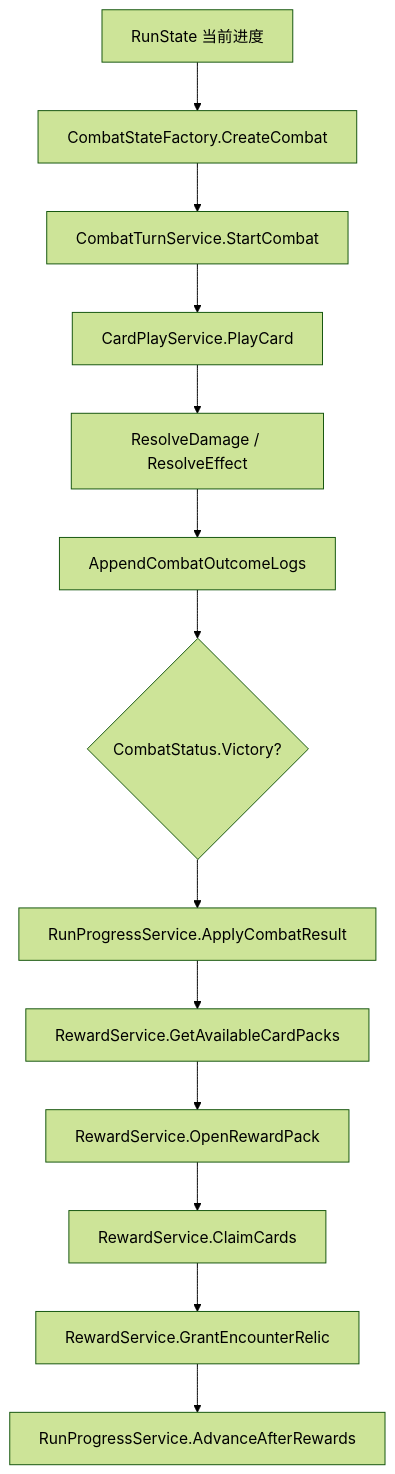
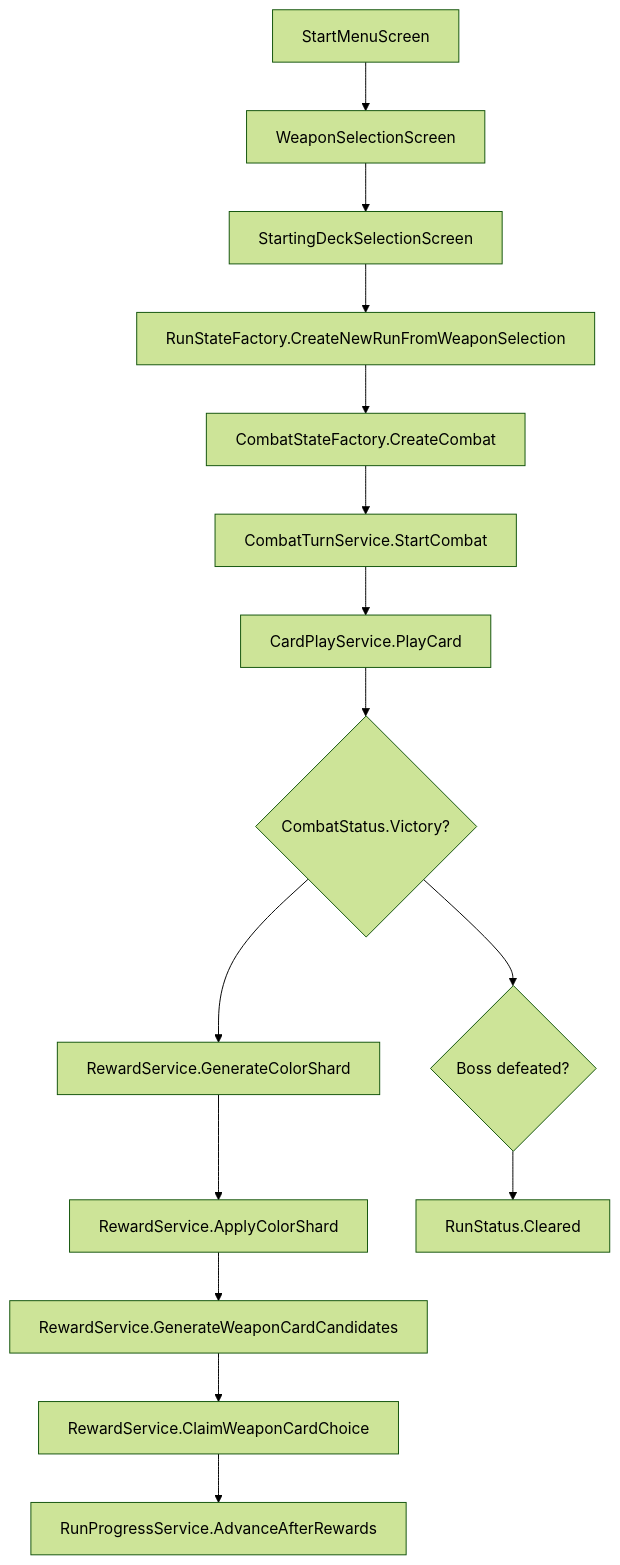
The diagram in game/README.md (MetalLee/RoguelikeCardGame), drawn with Mermaid (forest theme) before and after one commit. The commit also changed other lines of this file and 67 other files, not shown here.

````diff
--- a/game/README.md
+++ b/game/README.md
@@ -39,15 +21,17 @@
 ```mermaid
 flowchart TD
-  A["RunState 当前进度"] --> B["CombatStateFactory.CreateCombat"]
-  B --> C["CombatTurnService.StartCombat"]
-  C --> D["CardPlayService.PlayCard"]
-  D --> E["ResolveDamage / ResolveEffect"]
-  E --> F["AppendCombatOutcomeLogs"]
-  F --> G{"CombatStatus.Victory?"}
-  G --> H["RunProgressService.ApplyCombatResult"]
-  H --> I["RewardService.GetAvailableCardPacks"]
-  I --> J["RewardService.OpenRewardPack"]
-  J --> K["RewardService.ClaimCards"]
-  K --> L["RewardService.GrantEncounterRelic"]
+  A["StartMenuScreen"] --> B["WeaponSelectionScreen"]
+  B --> C["StartingDeckSelectionScreen"]
+  C --> D["RunStateFactory.CreateNewRunFromWeaponSelection"]
+  D --> E["CombatStateFactory.CreateCombat"]
+  E --> F["CombatTurnService.StartCombat"]
+  F --> G["CardPlayService.PlayCard"]
+  G --> H{"CombatStatus.Victory?"}
+  H --> I["RewardService.GenerateColorShard"]
+  I --> J["RewardService.ApplyColorShard"]
+  J --> K["RewardService.GenerateWeaponCardCandidates"]
+  K --> L["RewardService.ClaimWeaponCardChoice"]
   L --> M["RunProgressService.AdvanceAfterRewards"]
+  H --> N{"Boss defeated?"}
+  N --> O["RunStatus.Cleared"]
 ```
````
